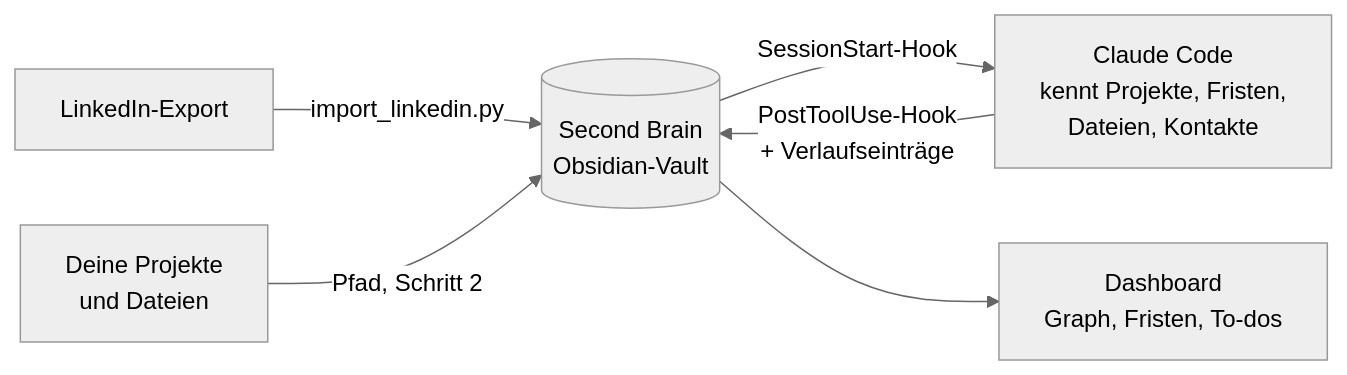
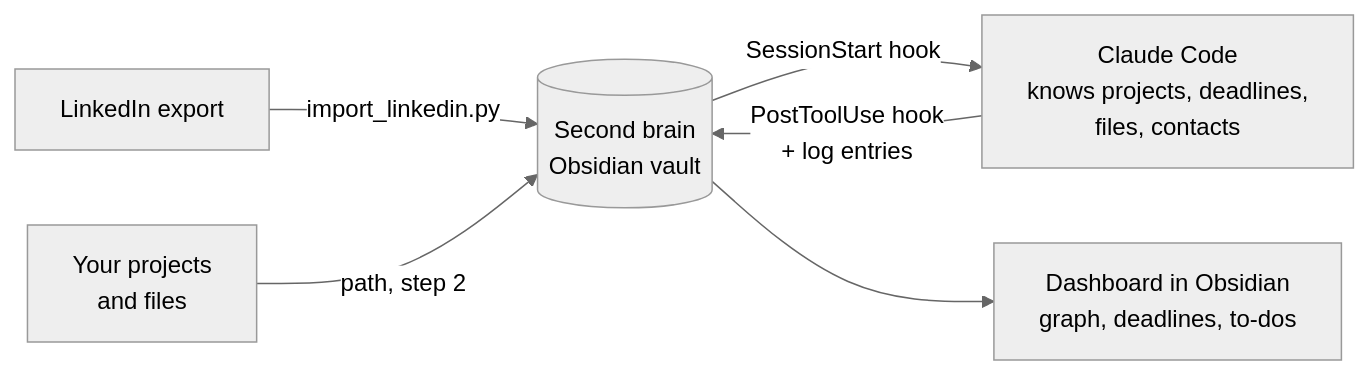
One commit to arthurengstler-ux/second-brain-path changed the diagram in README.md. Above: the diagram before and after it, drawn with Mermaid (neutral theme). The commit also changed other lines of this file and 39 other files, not shown here.

````diff
--- a/README.md
+++ b/README.md
@@ -24,8 +24,8 @@
 ```mermaid
 flowchart LR
-    A[LinkedIn-Export] -->|import_linkedin.py| V[(Second Brain<br/>Obsidian-Vault)]
-    P[Deine Projekte<br/>und Dateien] -->|Pfad, Schritt 2| V
-    V -->|SessionStart-Hook| C[Claude Code<br/>kennt Projekte, Fristen,<br/>Dateien, Kontakte]
-    C -->|PostToolUse-Hook<br/>+ Verlaufseinträge| V
-    V --> D[Dashboard<br/>Graph, Fristen, To-dos]
+    A[LinkedIn export] -->|import_linkedin.py| V[(Second brain<br/>Obsidian vault)]
+    P[Your projects<br/>and files] -->|path, step 2| V
+    V -->|SessionStart hook| C[Claude Code<br/>knows projects, deadlines,<br/>files, contacts]
+    C -->|PostToolUse hook<br/>+ log entries| V
+    V --> D[Dashboard in Obsidian<br/>graph, deadlines, to-dos]
 ```
````
